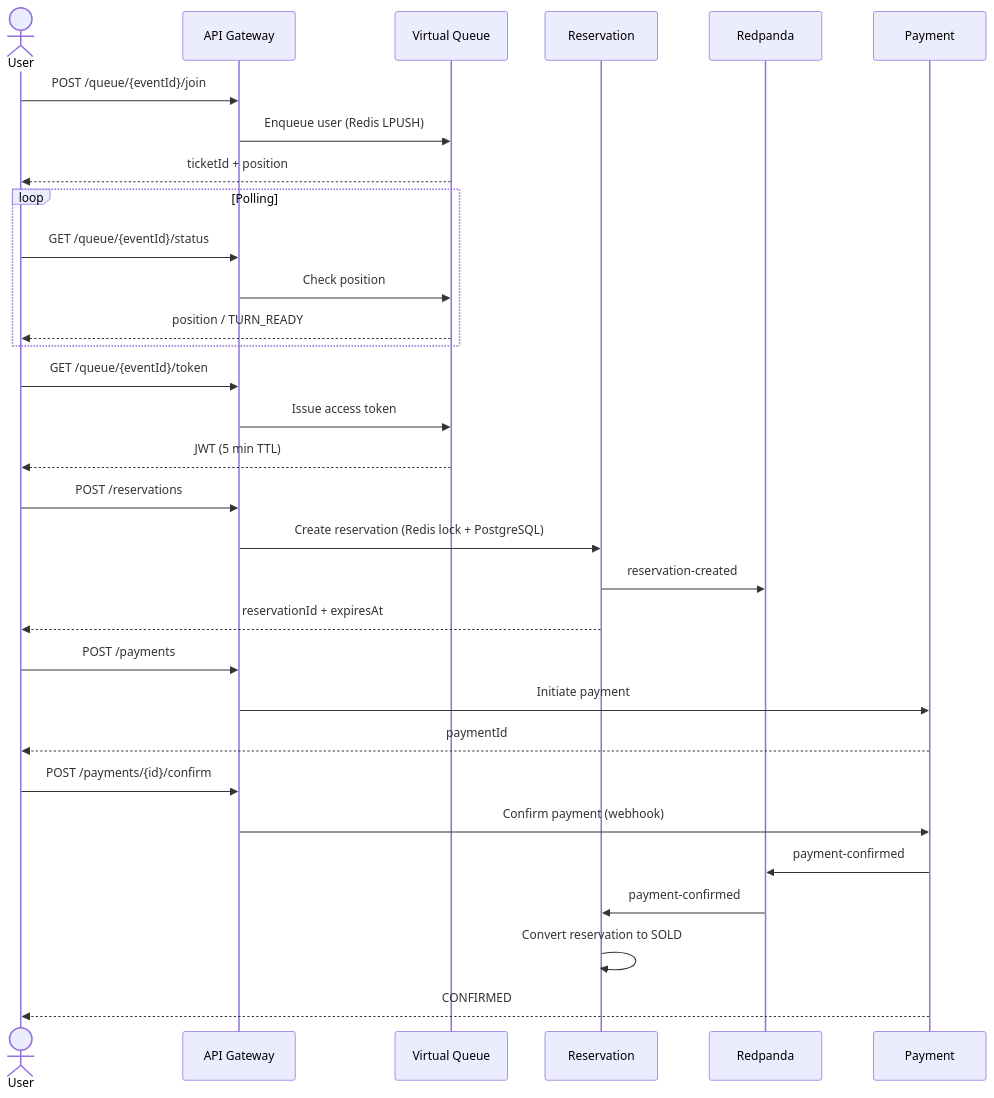
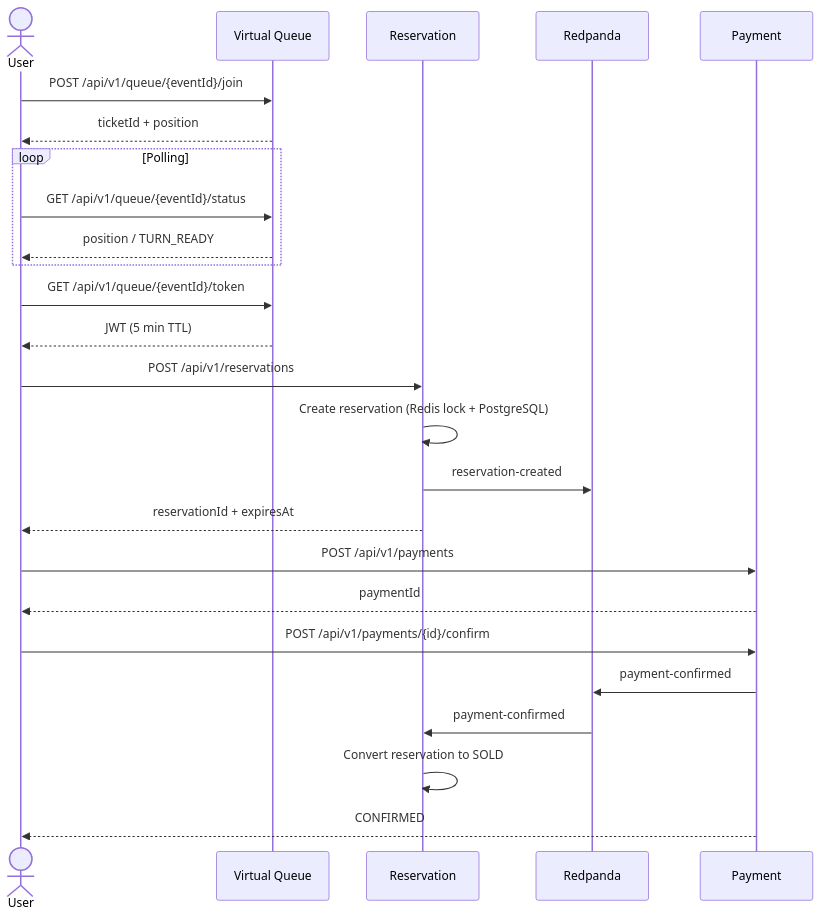
One commit to jrgavilanes/ticket-monster changed the third of 6 diagrams in README.md. Above: the diagram before and after it, drawn with Mermaid. The commit also changed other lines of this file and 2 other files, not shown here.

Commit message:
ci: run tests before docker build, update architecture docs
- build-and-push.sh: run gradlew test before building the image
- docker-publish.yml: add JDK setup and test step before build
- README.md: remove API Gateway from architecture, update diagrams and endpoints

````diff
--- a/README.md
+++ b/README.md
@@ -79,39 +79,33 @@
 ```mermaid
 sequenceDiagram
     actor User
-    participant GW as API Gateway
     participant Q as Virtual Queue
     participant R as Reservation
     participant RP as Redpanda
     participant P as Payment
 
-    User->>GW: POST /queue/{eventId}/join
-    GW->>Q: Enqueue user (Redis LPUSH)
+    User->>Q: POST /api/v1/queue/{eventId}/join
     Q-->>User: ticketId + position
 
     loop Polling
-        User->>GW: GET /queue/{eventId}/status
-        GW->>Q: Check position
+        User->>Q: GET /api/v1/queue/{eventId}/status
         Q-->>User: position / TURN_READY
     end
 
-    User->>GW: GET /queue/{eventId}/token
-    GW->>Q: Issue access token
+    User->>Q: GET /api/v1/queue/{eventId}/token
     Q-->>User: JWT (5 min TTL)
 
-    User->>GW: POST /reservations
-    GW->>R: Create reservation (Redis lock + PostgreSQL)
+    User->>R: POST /api/v1/reservations
+    R->>R: Create reservation (Redis lock + PostgreSQL)
     R->>RP: reservation-created
     R-->>User: reservationId + expiresAt
 
-    User->>GW: POST /payments
-    GW->>P: Initiate payment
+    User->>P: POST /api/v1/payments
     P-->>User: paymentId
 
-    User->>GW: POST /payments/{id}/confirm
-    GW->>P: Confirm payment (webhook)
+    User->>P: POST /api/v1/payments/{id}/confirm
     P->>RP: payment-confirmed
     RP->>R: payment-confirmed
     R->>R: Convert reservation to SOLD
     P-->>User: CONFIRMED
 ```
````
